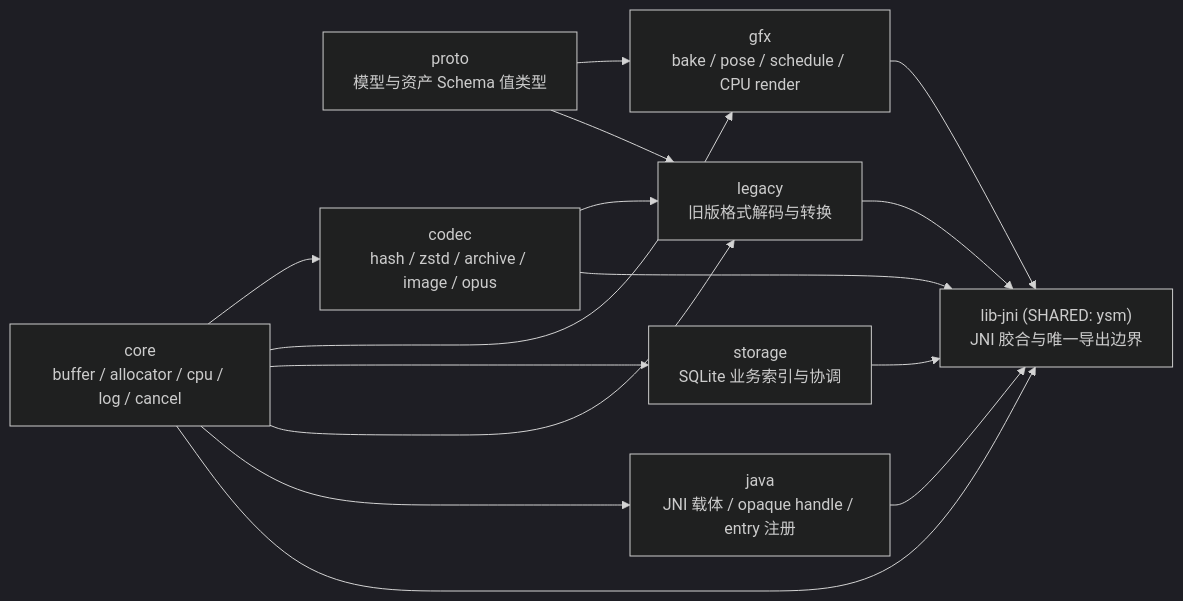
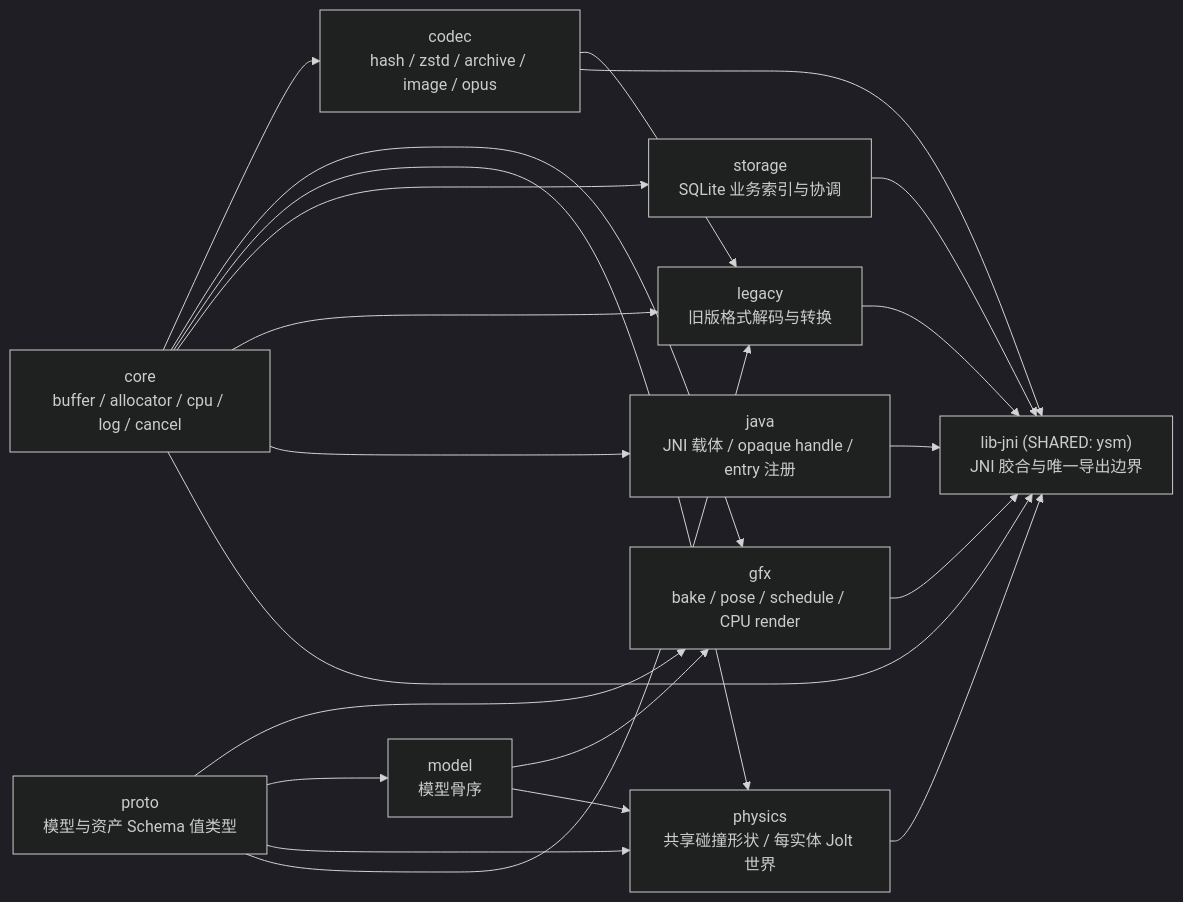
One commit to YesSteveModel/YesSteveModel-Native changed the diagram in docs/README.md. Above: the diagram before and after it, drawn with Mermaid (dark theme). The commit also changed 63 other files, not shown here.

Commit message:
接入 jolt physics

````diff
--- a/docs/README.md
+++ b/docs/README.md
@@ -7,27 +7,35 @@
 ```mermaid
 flowchart LR
     core["core<br/>buffer / allocator / cpu / log / cancel"]
     proto["proto<br/>模型与资产 Schema 值类型"]
+    model["model<br/>模型骨序"]
     codec["codec<br/>hash / zstd / archive / image / opus"]
     gfx["gfx<br/>bake / pose / schedule / CPU render"]
+    physics["physics<br/>共享碰撞形状 / 每实体 Jolt 世界"]
     storage["storage<br/>SQLite 业务索引与协调"]
     legacy["legacy<br/>旧版格式解码与转换"]
     java["java<br/>JNI 载体 / opaque handle / entry 注册"]
     jni["lib-jni (SHARED: ysm)<br/>JNI 胶合与唯一导出边界"]
 
     core --> codec
     core --> gfx
+    core --> physics
     core --> storage
     core --> legacy
     core --> java
     proto --> gfx
+    proto --> model
+    proto --> physics
     proto --> legacy
+    model --> gfx
+    model --> physics
     codec --> legacy
 
     core --> jni
     codec --> jni
     gfx --> jni
+    physics --> jni
     storage --> jni
     legacy --> jni
     java --> jni
 ```
````
